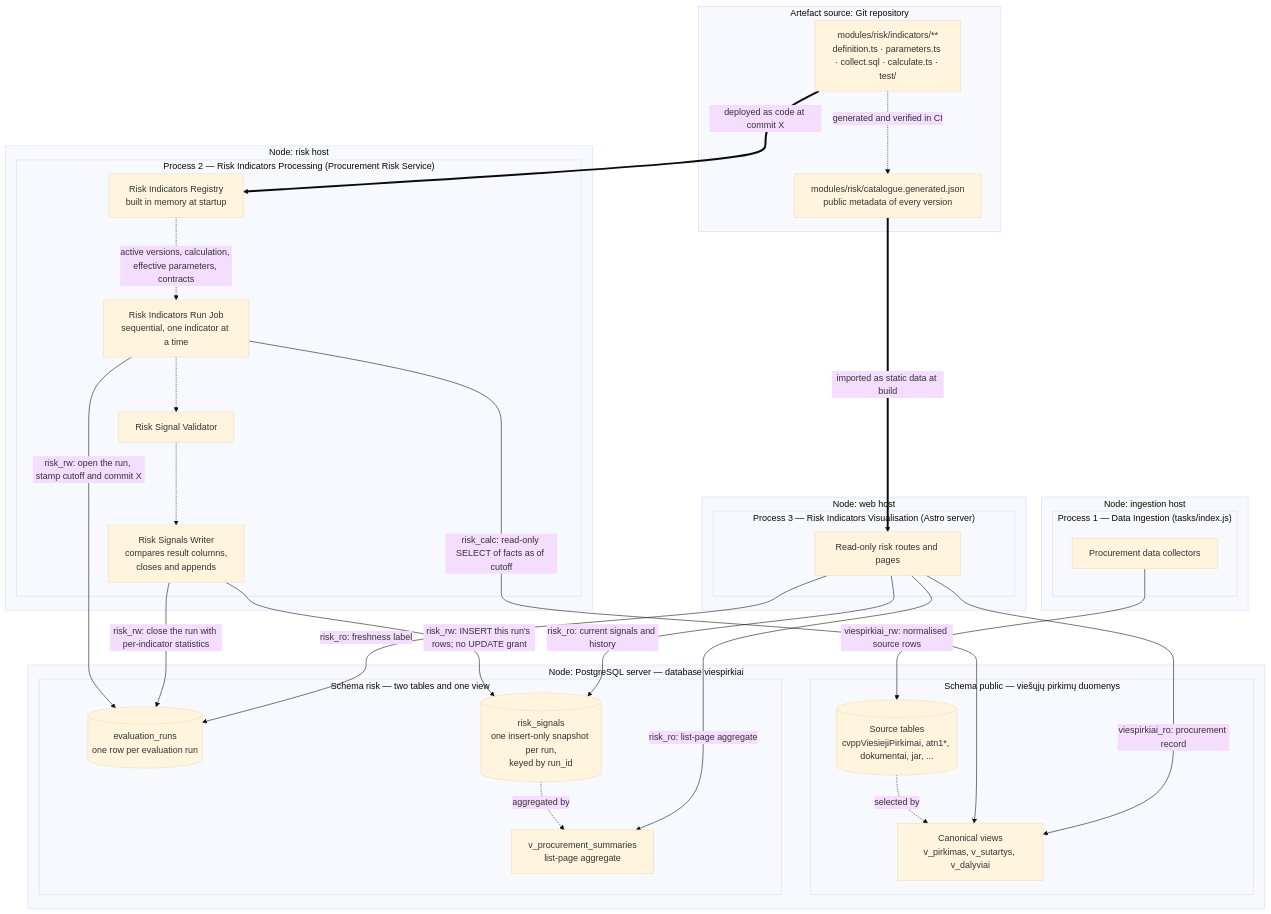
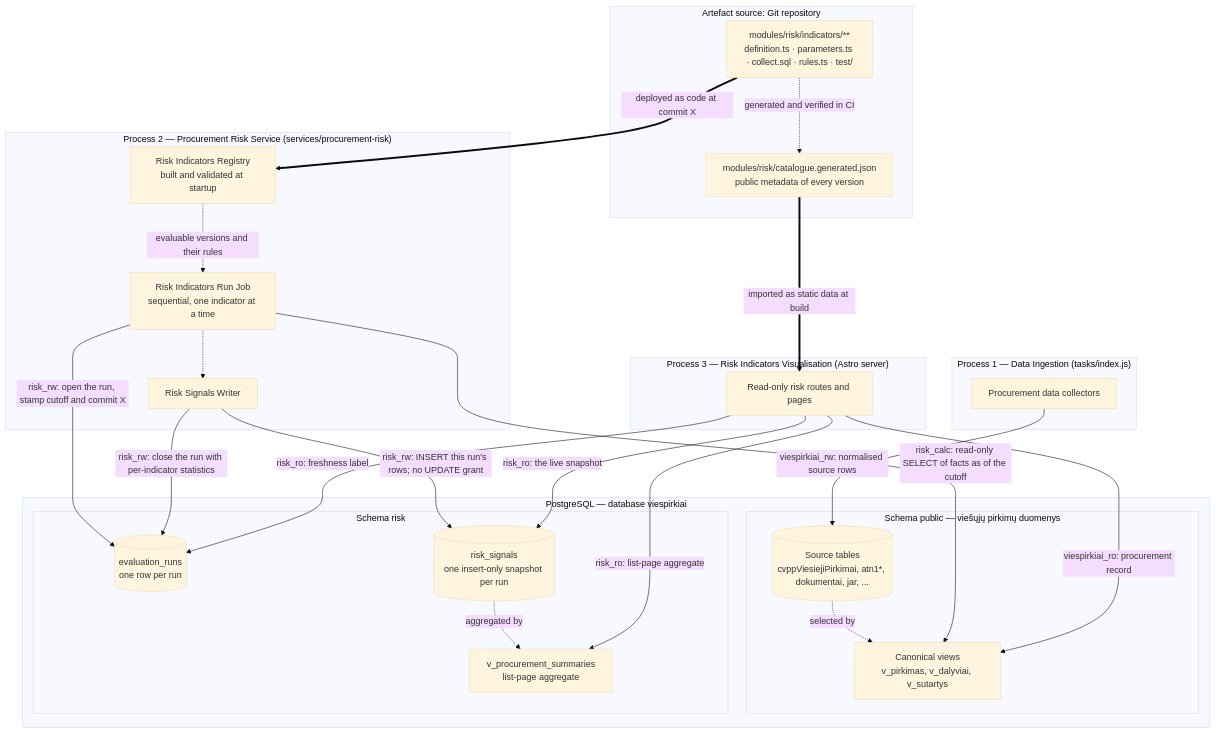
Before and after one commit to Viespirkiu-grupe/viespirkiai: the second of 6 diagrams in docs/indicators-story/risk-service-architecture.md, drawn with Mermaid (base theme). The commit also changed other lines of this file and 31 other files, not shown here.

Commit message:
removed update, risk signals retrieved by architecture review and refactoring

````diff
--- a/docs/indicators-story/risk-service-architecture.md
+++ b/docs/indicators-story/risk-service-architecture.md
@@ -97,57 +65,50 @@
 ```mermaid
 flowchart TB
     subgraph nGit["Artefact source: Git repository"]
-        gDef["modules/risk/indicators/**<br/>definition.ts · parameters.ts · collect.sql · calculate.ts · test/"]
+        gDef["modules/risk/indicators/**<br/>definition.ts · parameters.ts · collect.sql · rules.ts · test/"]
         gCat["modules/risk/catalogue.generated.json<br/>public metadata of every version"]
         gDef -.->|" generated and verified in CI "| gCat
     end
 
-    subgraph nIngest["Node: ingestion host"]
-        subgraph pIng["Process 1 — Data Ingestion (tasks/index.js)"]
-            pIngest["Procurement data collectors"]
-        end
+    subgraph pIng["Process 1 — Data Ingestion (tasks/index.js)"]
+        pIngest["Procurement data collectors"]
     end
 
-    subgraph nRisk["Node: risk host"]
-        subgraph pRisk["Process 2 — Risk Indicators Processing (Procurement Risk Service)"]
-            pReg["Risk Indicators Registry<br/>built in memory at startup"]
-            pJob["Risk Indicators Run Job<br/>sequential, one indicator at a time"]
-            pVal["Risk Signal Validator"]
-            pPub["Risk Signals Writer<br/>compares result columns,<br/>closes and appends"]
-            pReg -.->|" active versions, calculation, effective parameters, contracts "| pJob
-            pJob -.-> pVal -.-> pPub
-        end
+    subgraph pRisk["Process 2 — Procurement Risk Service (services/procurement-risk)"]
+        pReg["Risk Indicators Registry<br/>built and validated at startup"]
+        pJob["Risk Indicators Run Job<br/>sequential, one indicator at a time"]
+        pPub["Risk Signals Writer"]
+        pReg -.->|" evaluable versions and their rules "| pJob
+        pJob -.-> pPub
     end
 
-    subgraph nWeb["Node: web host"]
-        subgraph pVis["Process 3 — Risk Indicators Visualisation (Astro server)"]
-            pWeb["Read-only risk routes and pages"]
-        end
+    subgraph pVis["Process 3 — Risk Indicators Visualisation (Astro server)"]
+        pWeb["Read-only risk routes and pages"]
     end
 
-    subgraph nDb["Node: PostgreSQL server — database viespirkiai"]
+    subgraph nDb["PostgreSQL — database viespirkiai"]
         subgraph sPublic["Schema public — viešųjų pirkimų duomenys"]
             dSrc[("Source tables<br/>cvppViesiejiPirkimai, atn1*, dokumentai, jar, ...")]
-            dView["Canonical views<br/>v_pirkimas, v_sutartys, v_dalyviai"]
+            dView["Canonical views<br/>v_pirkimas, v_dalyviai, v_sutartys"]
             dSrc -.->|" selected by "| dView
         end
-        subgraph sRisk["Schema risk — two tables and one view"]
-            dRun[("evaluation_runs<br/>one row per evaluation run")]
-            dSig[("risk_signals<br/>one insert-only snapshot per run,<br/>keyed by run_id")]
+        subgraph sRisk["Schema risk"]
+            dRun[("evaluation_runs<br/>one row per run")]
+            dSig[("risk_signals<br/>one insert-only snapshot per run")]
             dSum["v_procurement_summaries<br/>list-page aggregate"]
             dSig -.->|" aggregated by "| dSum
         end
     end
 
     gDef ==>|" deployed as code at commit X "| pReg
     gCat ==>|" imported as static data at build "| pWeb
     pIngest -->|" viespirkiai_rw: normalised source rows "| dSrc
     pJob -->|" risk_rw: open the run, stamp cutoff and commit X "| dRun
-    pJob -->|" risk_calc: read-only SELECT of facts as of cutoff "| dView
+    pJob -->|" risk_calc: read-only SELECT of facts as of the cutoff "| dView
     pPub -->|" risk_rw: INSERT this run's rows; no UPDATE grant "| dSig
     pPub -->|" risk_rw: close the run with per-indicator statistics "| dRun
-    pWeb -->|" risk_ro: current signals and history "| dSig
+    pWeb -->|" risk_ro: the live snapshot "| dSig
     pWeb -->|" risk_ro: list-page aggregate "| dSum
     pWeb -->|" risk_ro: freshness label "| dRun
     pWeb -->|" viespirkiai_ro: procurement record "| dView
 ```
````
